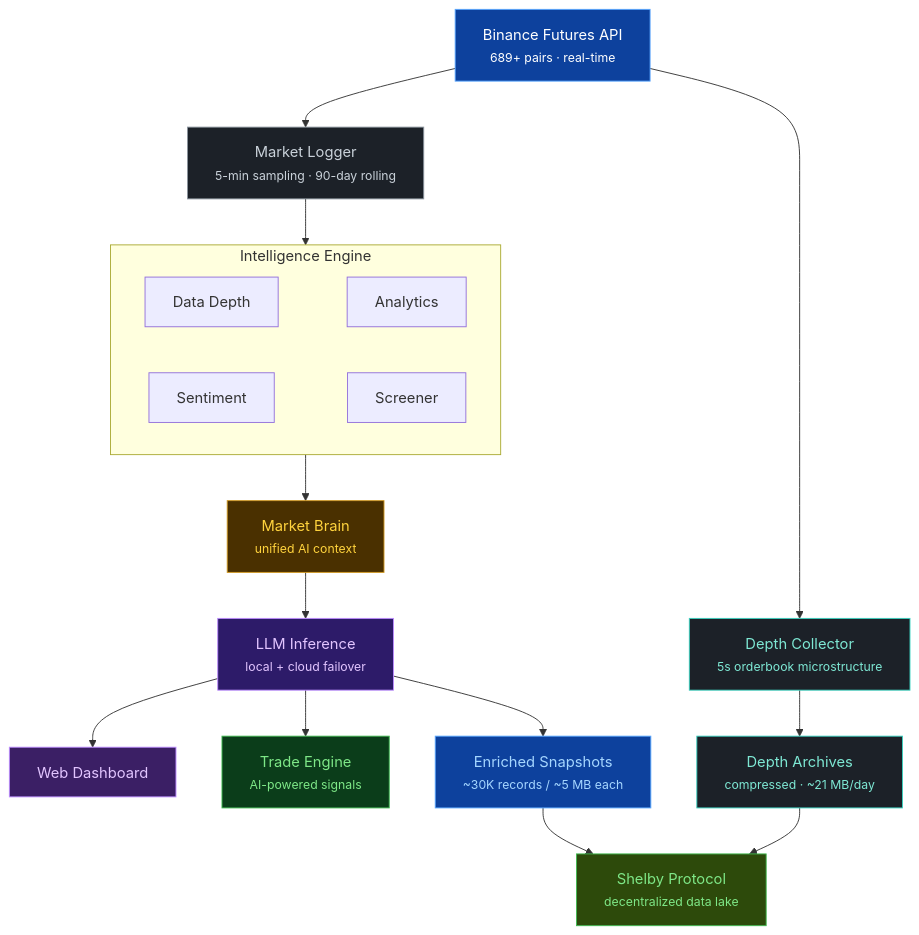
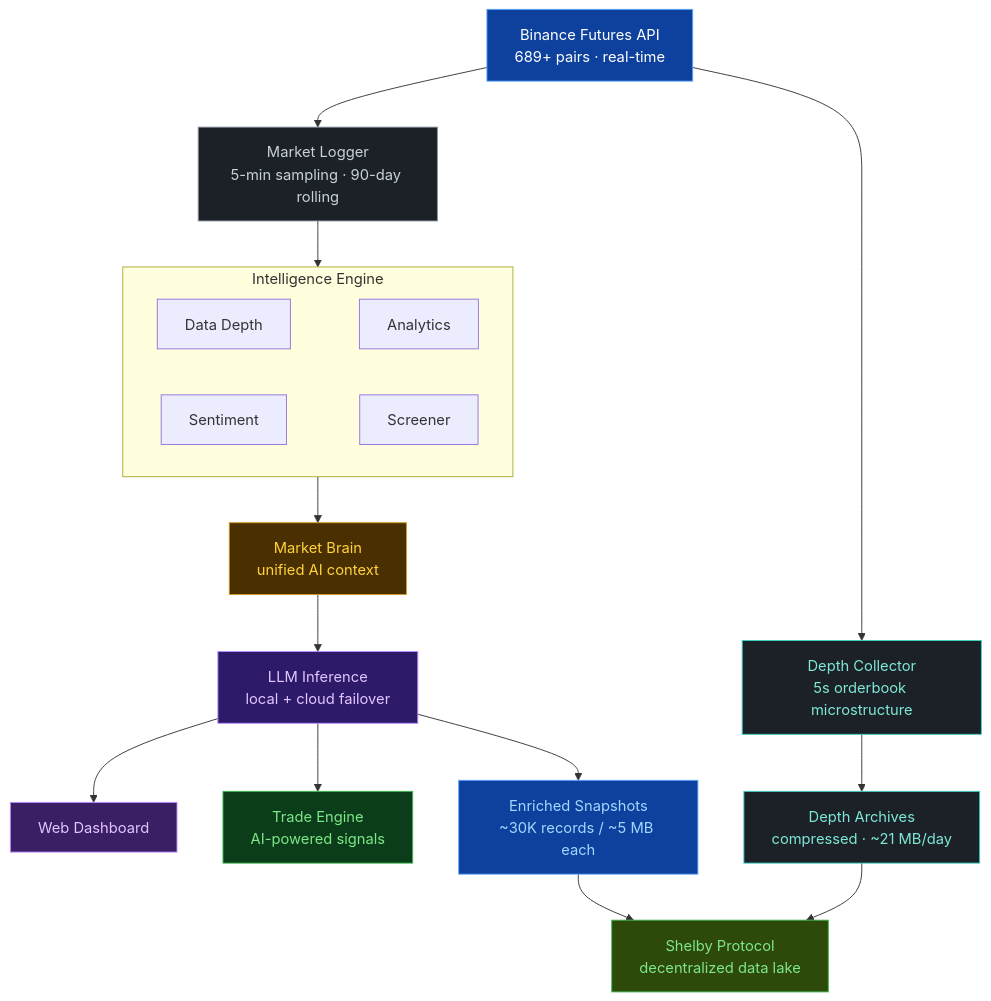
Before and after one commit to Assassinprotocol/hansen-ai-research-engine: the diagram in README.md, drawn with Mermaid.

Commit message:
fix mermaid layout

````diff
--- a/README.md
+++ b/README.md
@@ -137,35 +137,35 @@
 ```mermaid
 graph TD
-    A["Binance Futures API<br/><small>689+ pairs · real-time</small>"] --> B
-    B["Market Logger<br/><small>5-min sampling · 90-day rolling</small>"] --> C
+    A["Binance Futures API<br/>689+ pairs · real-time"] --> B
+    B["Market Logger<br/>5-min sampling · 90-day rolling"] --> C
 
     subgraph C["Intelligence Engine"]
         direction LR
         C1["Data Depth"] ~~~ C2["Analytics"]
         C3["Sentiment"] ~~~ C4["Screener"]
     end
 
-    A --> DC["Depth Collector<br/><small>5s orderbook microstructure</small>"]
+    A --> DC["Depth Collector<br/>5s orderbook microstructure"]
 
-    C --> D["Market Brain<br/><small>unified AI context</small>"]
-    D --> E["LLM Inference<br/><small>local + cloud failover</small>"]
+    C --> D["Market Brain<br/>unified AI context"]
+    D --> E["LLM Inference<br/>local + cloud failover"]
 
     E --> G["Web Dashboard"]
-    E --> H["Trade Engine<br/><small>AI-powered signals</small>"]
-    E --> S["Enriched Snapshots<br/><small>~30K records / ~5 MB each</small>"]
-    DC --> DCA["Depth Archives<br/><small>compressed · ~21 MB/day</small>"]
+    E --> H["Trade Engine<br/>AI-powered signals"]
+    E --> S["Enriched Snapshots<br/>~30K records / ~5 MB each"]
+    DC --> DCA["Depth Archives<br/>compressed · ~21 MB/day"]
 
-    S --> SH["Shelby Protocol<br/><small>decentralized data lake</small>"]
+    S --> SH["Shelby Protocol<br/>decentralized data lake"]
     DCA --> SH
 
     style A fill:#0d419d,stroke:#58a6ff,color:#fff
     style B fill:#1c2128,stroke:#8b949e,color:#c9d1d9
     style DC fill:#1c2128,stroke:#39d2c0,color:#7ee8d4
     style D fill:#4a3000,stroke:#d29922,color:#ffd33d
     style E fill:#2d1b69,stroke:#bc8cff,color:#e2c5ff
     style G fill:#3b1f65,stroke:#bc8cff,color:#e2c5ff
     style H fill:#0b3d1a,stroke:#3fb950,color:#7ee787
     style S fill:#0d419d,stroke:#58a6ff,color:#a5d6ff
     style DCA fill:#1c2128,stroke:#39d2c0,color:#7ee8d4
     style SH fill:#2d4a0b,stroke:#3fb950,color:#7ee787
 ```
````
